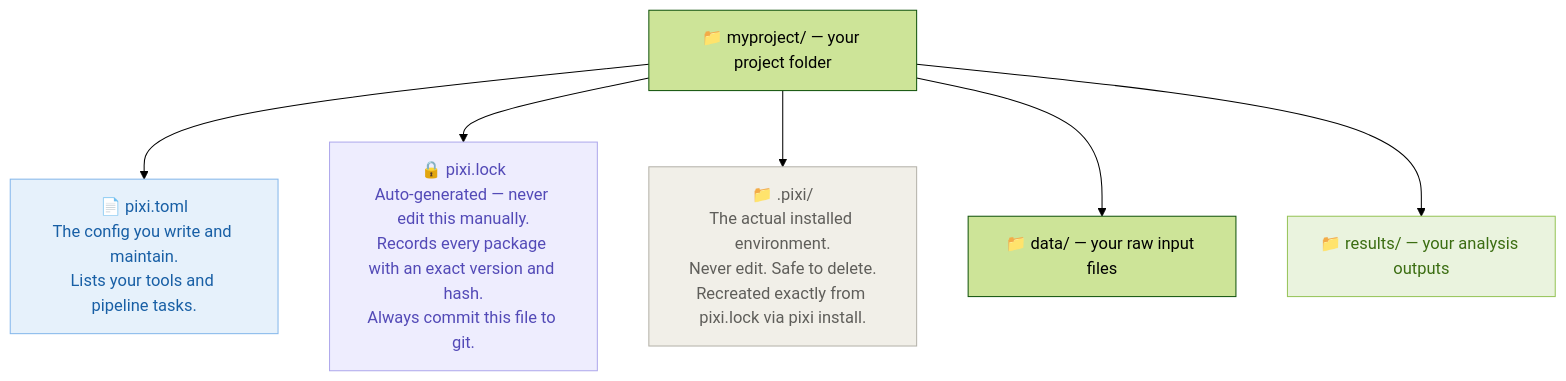
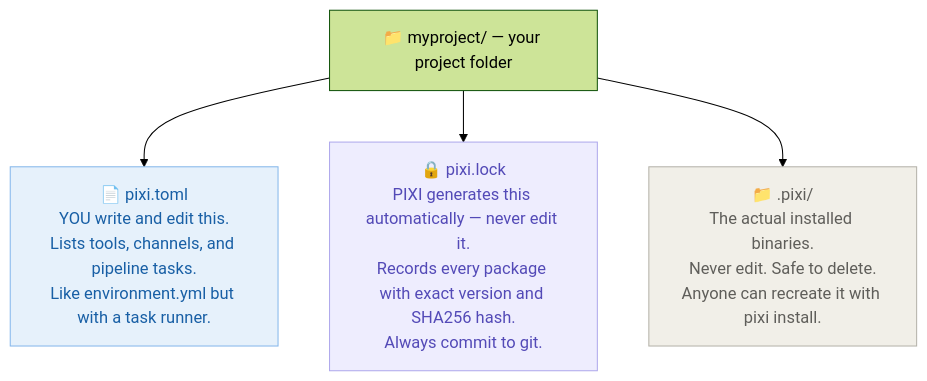
One commit to hossainlab/bioinfo_workflow changed the fifth of 8 diagrams in docs/day1_pixi_tutorial.md. Above: the diagram before and after it, drawn with Mermaid (forest theme). The commit also changed other lines of this file, not shown here.

````diff
--- a/docs/day1_pixi_tutorial.md
+++ b/docs/day1_pixi_tutorial.md
@@ -621,20 +587,15 @@
 ```mermaid
 flowchart TD
     Root["📁 myproject/ — your project folder"]
-    TOML["📄 pixi.toml<br/>The config you write and maintain.<br/>Lists your tools and pipeline tasks."]
-    Lock["🔒 pixi.lock<br/>Auto-generated — never edit this manually.<br/>Records every package with an exact version and hash.<br/>Always commit this file to git."]
-    DotPixi["📁 .pixi/<br/>The actual installed environment.<br/>Never edit. Safe to delete.<br/>Recreated exactly from pixi.lock via pixi install."]
-    Data["📁 data/ — your raw input files"]
-    Results["📁 results/ — your analysis outputs"]
+    TOML["📄 pixi.toml<br/>YOU write and edit this.<br/>Lists tools, channels, and pipeline tasks.<br/>Like environment.yml but with a task runner."]
+    Lock["🔒 pixi.lock<br/>PIXI generates this automatically — never edit it.<br/>Records every package with exact version and SHA256 hash.<br/>Always commit to git."]
+    DotPixi["📁 .pixi/<br/>The actual installed binaries.<br/>Never edit. Safe to delete.<br/>Anyone can recreate it with pixi install."]
 
     Root --> TOML
     Root --> Lock
     Root --> DotPixi
-    Root --> Data
-    Root --> Results
 
     style TOML fill:#E6F1FB,color:#185FA5,stroke:#85B7EB
     style Lock fill:#EEEDFE,color:#534AB7,stroke:#AFA9EC
     style DotPixi fill:#F1EFE8,color:#5F5E5A,stroke:#B4B2A9
-    style Results fill:#EAF3DE,color:#3B6D11,stroke:#97C459
 ```
````
